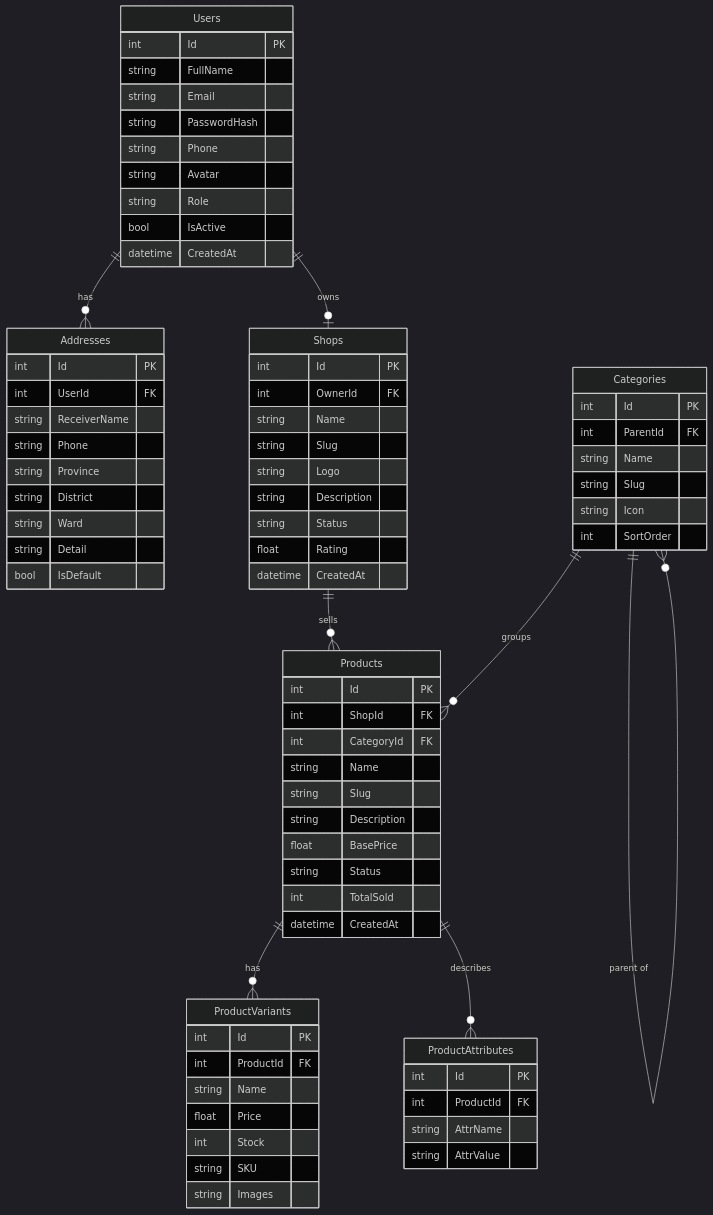
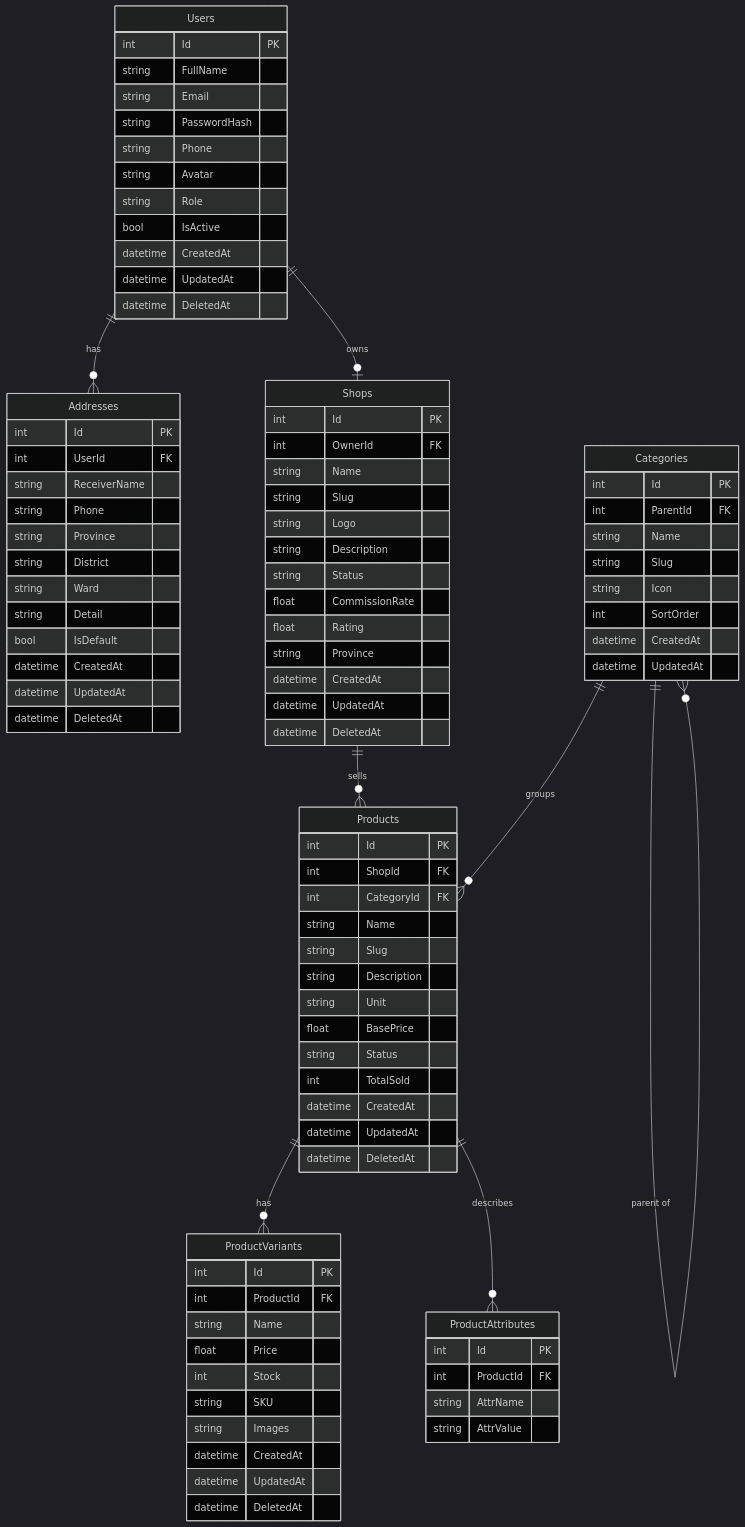
The first of 2 diagrams in docs/ERD.md (ThieuDinh/LVTN_2026_Thieu), drawn with Mermaid (dark theme) before and after one commit. The commit also changed other lines of this file, not shown here.

Commit message:
chore: update erd

```diff
--- a/docs/ERD.md
+++ b/docs/ERD.md
@@ -12,6 +11,8 @@
     string Role
     bool IsActive
     datetime CreatedAt
+    datetime UpdatedAt
+    datetime DeletedAt
   }
   Addresses {
     int Id PK
@@ -23,6 +24,9 @@
     string Ward
     string Detail
     bool IsDefault
+    datetime CreatedAt
+    datetime UpdatedAt
+    datetime DeletedAt
   }
   Shops {
     int Id PK
@@ -32,8 +36,12 @@
     string Logo
     string Description
     string Status
+    float CommissionRate
     float Rating
+    string Province
     datetime CreatedAt
+    datetime UpdatedAt
+    datetime DeletedAt
   }
   Categories {
     int Id PK
@@ -42,6 +50,8 @@
     string Slug
     string Icon
     int SortOrder
+    datetime CreatedAt
+    datetime UpdatedAt
   }
   Products {
     int Id PK
@@ -50,10 +60,13 @@
     string Name
     string Slug
     string Description
+    string Unit
     float BasePrice
     string Status
     int TotalSold
     datetime CreatedAt
+    datetime UpdatedAt
+    datetime DeletedAt
   }
   ProductVariants {
     int Id PK
@@ -63,6 +76,9 @@
     int Stock
     string SKU
     string Images
+    datetime CreatedAt
+    datetime UpdatedAt
+    datetime DeletedAt
   }
   ProductAttributes {
     int Id PK
```
